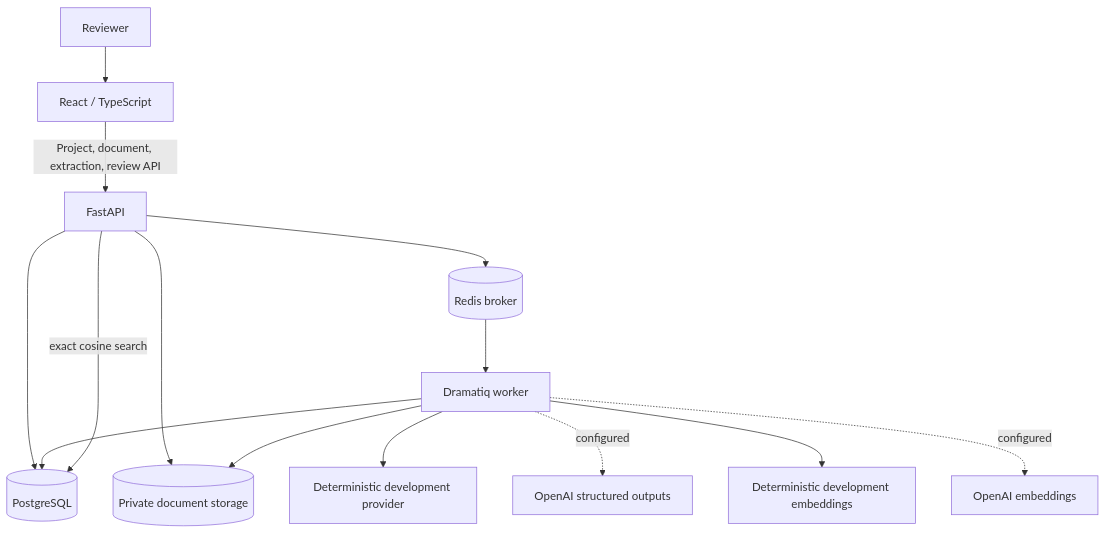
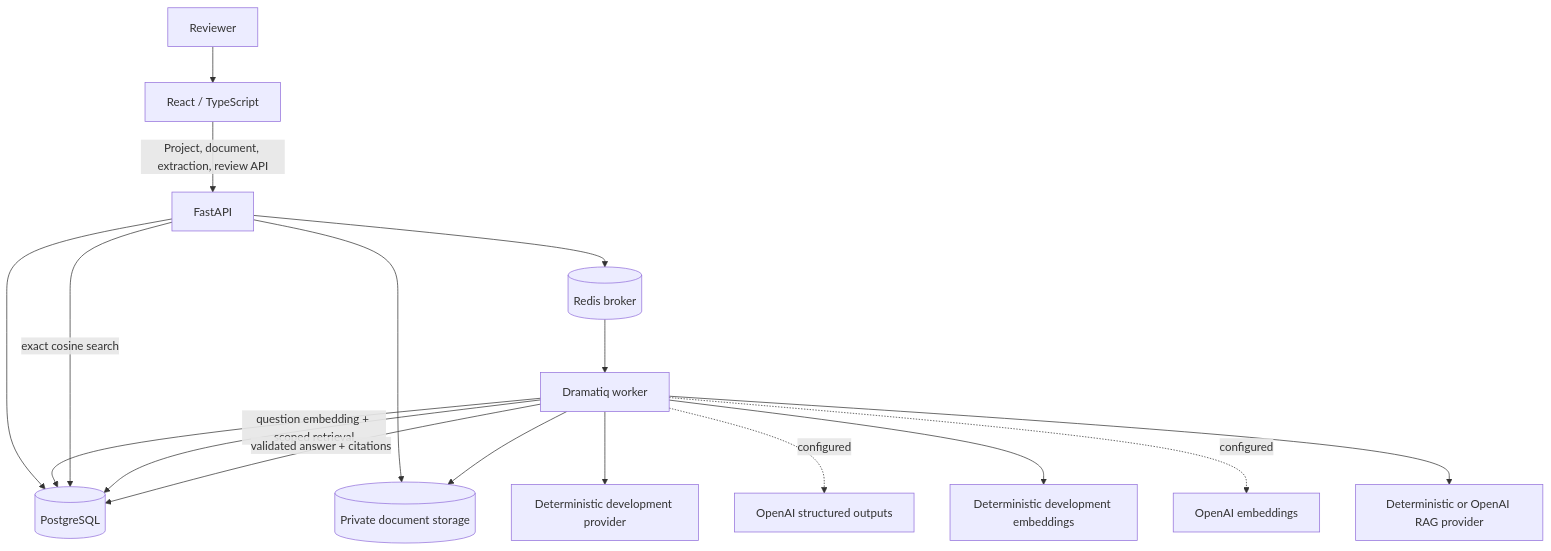
Before and after one commit to hafiz475/AI-Document-Intelligence-Verification-Platform: the diagram in ARCHITECTURE.md, drawn with Mermaid. The commit also changed other lines of this file and 36 other files, not shown here.

Commit message:
feat: add evidence-backed RAG with citations

````diff
--- a/ARCHITECTURE.md
+++ b/ARCHITECTURE.md
@@ -9,16 +9,19 @@
 ```mermaid
 flowchart TB
     Reviewer --> Web[React / TypeScript]
     Web -->|Project, document, extraction, review API| API[FastAPI]
     API --> DB[(PostgreSQL)]
     API --> Queue[(Redis broker)]
     API --> Files[(Private document storage)]
     Queue --> Worker[Dramatiq worker]
     Worker --> Files
     Worker --> DB
     Worker --> Dev[Deterministic development provider]
     Worker -. configured .-> OpenAI[OpenAI structured outputs]
     Worker --> EmbDev[Deterministic development embeddings]
     Worker -. configured .-> OpenAIEmb[OpenAI embeddings]
     API -->|exact cosine search| DB
+    Worker -->|question embedding + scoped retrieval| DB
+    Worker --> RagProvider[Deterministic or OpenAI RAG provider]
+    Worker -->|validated answer + citations| DB
 ```
````
